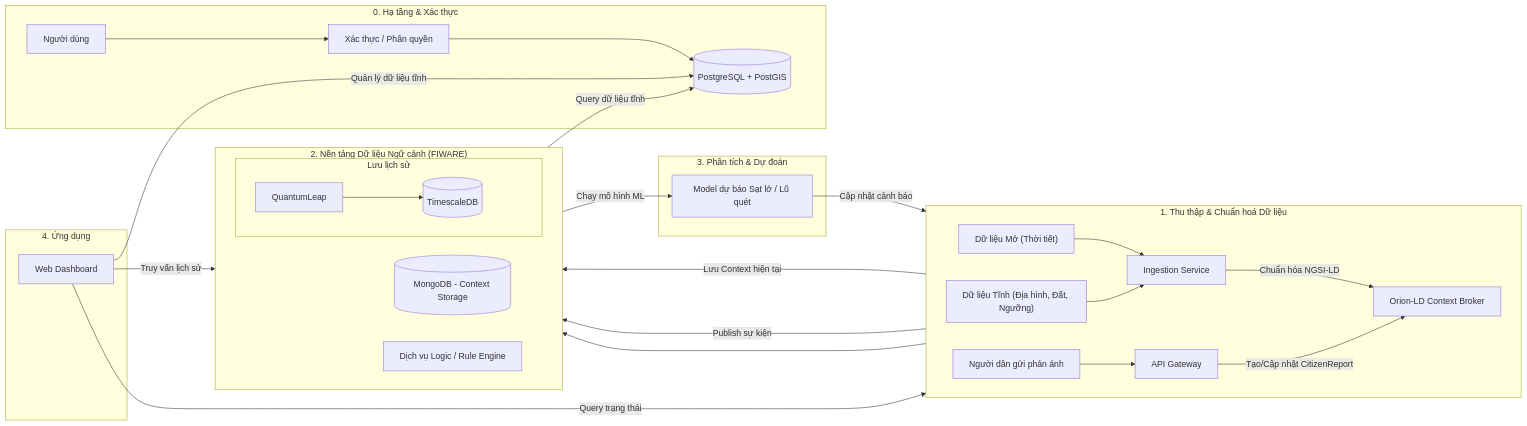
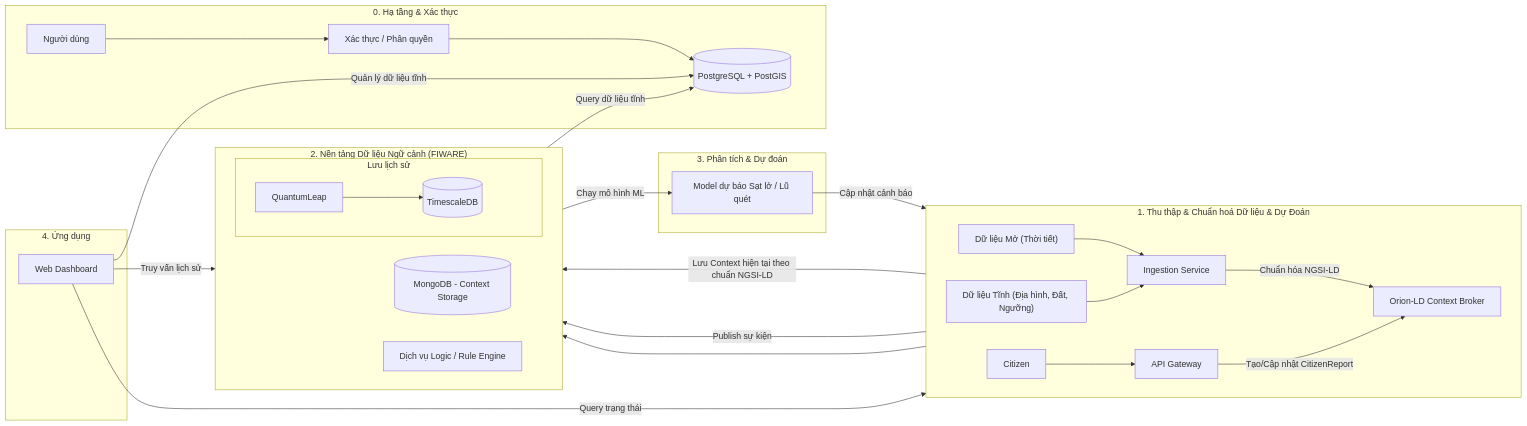
Before and after one commit to PhamQuyNam/OLP_2025_PMMNM_HaUI_DNK: the diagram in README.md, drawn with Mermaid. The commit also changed other lines of this file, not shown here.

Commit message:
fix(config): prevent environment variables leakage

````diff
--- a/README.md
+++ b/README.md
@@ -26,55 +26,54 @@
 ```mermaid
 flowchart LR
-    %% ===== 0. AUTH & INFRA =====
+    %% ===== 0. AUTH =====
     subgraph S0["0. Hạ tầng & Xác thực"]
         A[Người dùng] --> AUTH[Xác thực / Phân quyền]
         AUTH --> DBUser[(PostgreSQL + PostGIS)]
     end
 
     %% ===== 1. INGESTION =====
-    subgraph S1["1. Thu thập & Chuẩn hoá Dữ liệu"]
+    subgraph S1["1. Thu thập & Chuẩn hoá Dữ liệu & Dự Đoán"]
         direction LR
         OpenAPI["Dữ liệu Mở (Thời tiết)"]
         StaticData["Dữ liệu Tĩnh (Địa hình, Đất, Ngưỡng)"]
-        Citizen["Người dân gửi phản ánh"]
 
         OpenAPI --> INGEST["Ingestion Service"]
         StaticData --> INGEST
         Citizen --> API["API Gateway"]
 
         INGEST -->|"Chuẩn hóa NGSI-LD"| Orion
     end
 
     %% ===== 2. CONTEXT CORE =====
     subgraph S2["2. Nền tảng Dữ liệu Ngữ cảnh (FIWARE)"]
         direction LR
         Orion[Orion-LD Context Broker]
         Mongo[(MongoDB - Context Storage)]
 
-        Orion -->|"Lưu Context hiện tại"| Mongo
+        Orion -->|"Lưu Context hiện tại theo chuẩn NGSI-LD"| Mongo
         Orion -->|"Publish sự kiện"| Logic["Dịch vụ Logic / Rule Engine"]
 
         subgraph P["Lưu lịch sử"]
             Orion --> QL[QuantumLeap]
             QL --> TS[(TimescaleDB)]
         end
     end
 
-    %% ===== 3. BUSINESS & ML =====
+    %% ===== 3. BUSINESS  =====
     subgraph S3["3. Phân tích & Dự đoán"]
         Logic -->|"Query dữ liệu tĩnh"| DBUser
         Logic -->|"Chạy mô hình ML"| Model["Model dự báo Sạt lở / Lũ quét"]
         Model -->|"Cập nhật cảnh báo"| Orion
         API -->|"Tạo/Cập nhật CitizenReport"| Orion
     end
 
     %% ===== 4. APPLICATION =====
     subgraph S4["4. Ứng dụng"]
         Admin["Web Dashboard"]
 
         Admin -->|"Query trạng thái"| Orion
         Admin -->|"Truy vấn lịch sử"| TS
         Admin -->|"Quản lý dữ liệu tĩnh"| DBUser
     end
 
 ```
````
